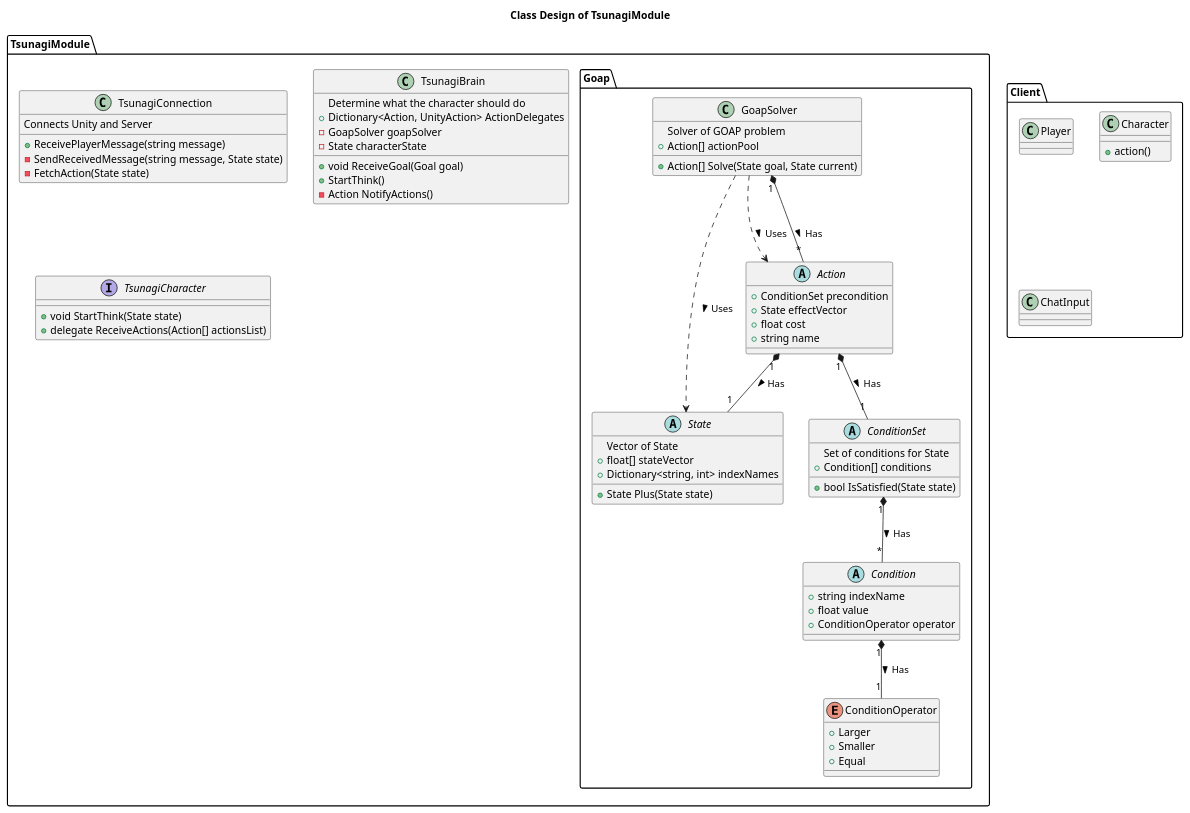
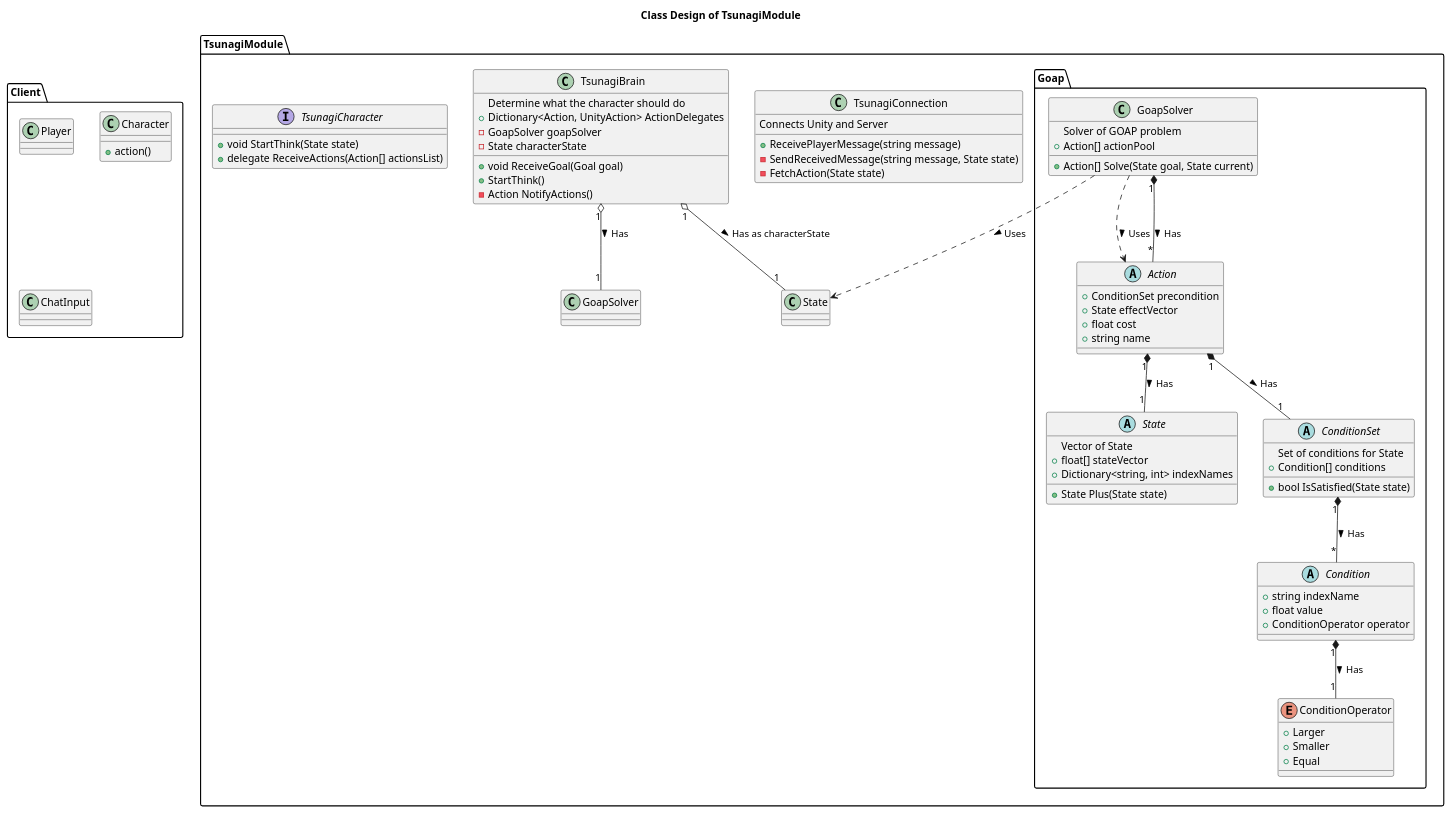
The diagram in classes.puml (tsunagi-ai/UnityModuleDesign), drawn with PlantUML before and after one commit.

Commit message:
composition of TsunagiBrain

```diff
--- a/classes.puml
+++ b/classes.puml
@@ -1,88 +1,90 @@
 @startuml
 title Class Design of TsunagiModule
 
 package TsunagiModule {
   class TsunagiConnection {
     Connects Unity and Server
     +ReceivePlayerMessage(string message)
     -SendReceivedMessage(string message, State state)
     -FetchAction(State state)
   }
 
   class TsunagiBrain {
     Determine what the character should do
     +Dictionary<Action, UnityAction> ActionDelegates
     +void ReceiveGoal(Goal goal)
     +StartThink()
     -Action NotifyActions()
     -GoapSolver goapSolver
     -State characterState
   }
-
+  TsunagiBrain "1" o-- "1" GoapSolver : Has >
+  TsunagiBrain "1" o-- "1" State : Has as characterState >
+  
   interface TsunagiCharacter {
     +void StartThink(State state)
     +delegate ReceiveActions(Action[] actionsList)
   }
 
   package Goap{
     class GoapSolver {
       Solver of GOAP problem
       +Action[] Solve(State goal, State current)
       +Action[] actionPool
     }
     GoapSolver ..> State : Uses >
     GoapSolver ..> Action : Uses >
     GoapSolver "1" *-- "*" Action : Has >
 
     abstract State{
       Vector of State
       +State Plus(State state)
       +float[] stateVector
       +Dictionary<string, int> indexNames
     }
 
     abstract Action {
       +ConditionSet precondition
       +State effectVector
       +float cost
       +string name
     }
     Action "1" *-- "1" State : Has >
     Action "1" *-- "1" ConditionSet : Has >
 
     abstract ConditionSet{
       Set of conditions for State
       +bool IsSatisfied(State state)
       +Condition[] conditions
     }
     ConditionSet "1" *-- "*" Condition : Has >
 
     abstract Condition{
       +string indexName
       +float value
       +ConditionOperator operator
     }
     Condition "1" *-- "1" ConditionOperator : Has >
 
     enum ConditionOperator {
       +Larger
       +Smaller
       +Equal
     }
   }
 }
 
 package Client{
   class Player {
   }
 
   class Character {
     +action()
   }
 
   class ChatInput {
 
   }
 }
 
 @enduml
```
